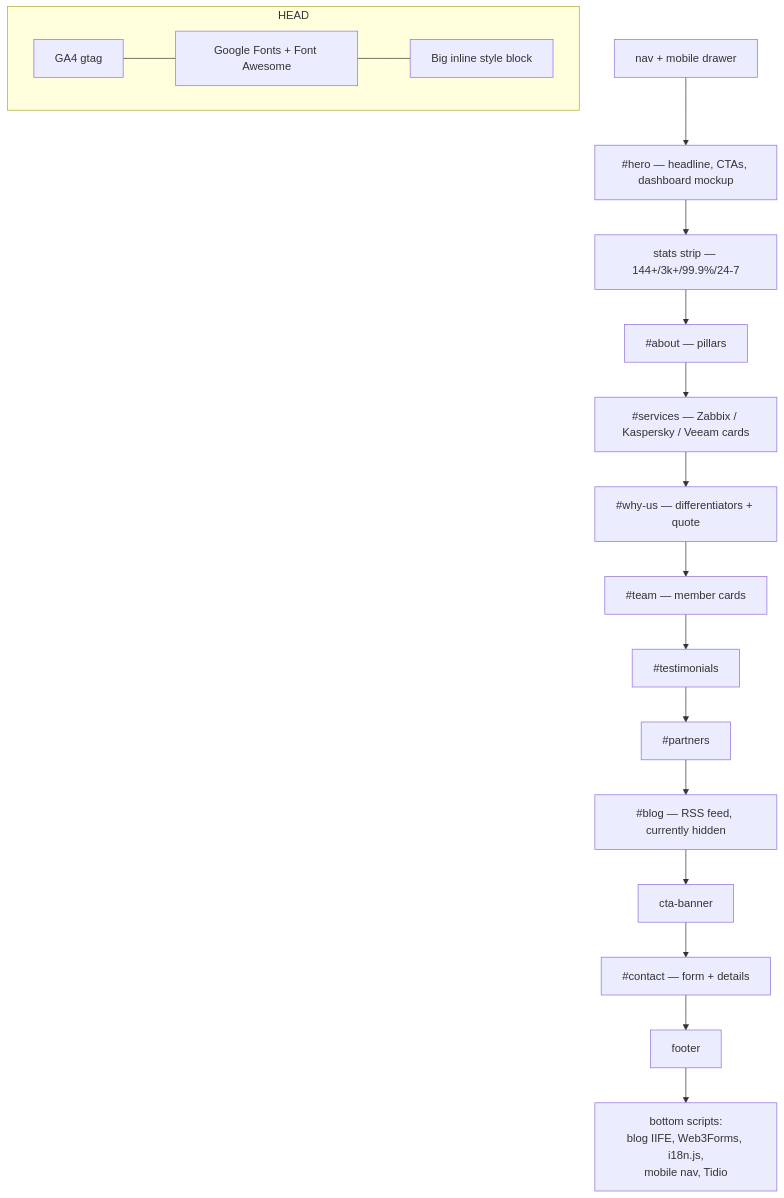
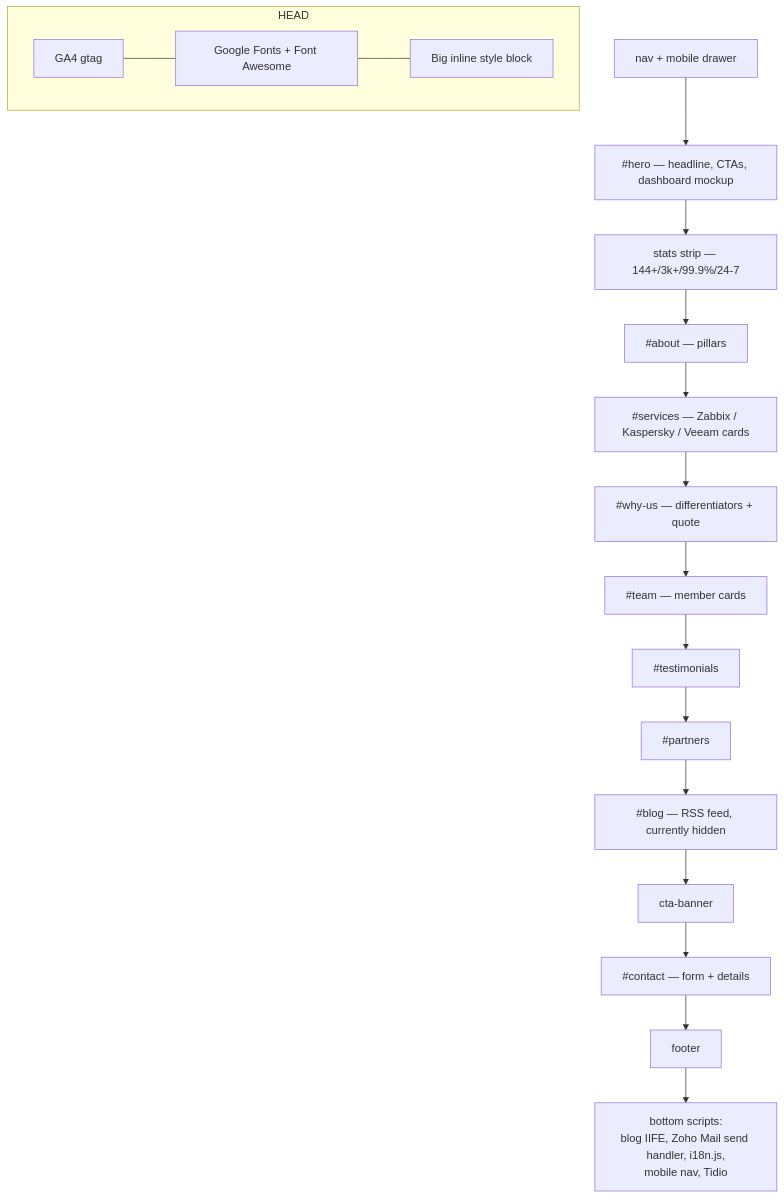
Before and after one commit to glctech/site2.0: the first of 5 diagrams in docs/ARCHITECTURE.md, drawn with Mermaid. The commit also changed other lines of this file and 6 other files, not shown here.

````diff
--- a/docs/ARCHITECTURE.md
+++ b/docs/ARCHITECTURE.md
@@ -124,19 +125,19 @@
 ```mermaid
 flowchart TD
     subgraph head["HEAD"]
       GA[GA4 gtag] --- FONTS[Google Fonts + Font Awesome] --- CSS["Big inline style block"]
     end
     NAV[nav + mobile drawer] --> HERO[#hero — headline, CTAs, dashboard mockup]
     HERO --> STATS[stats strip — 144+/3k+/99.9%/24-7]
     STATS --> ABOUT[#about — pillars]
     ABOUT --> SERV[#services — Zabbix / Kaspersky / Veeam cards]
     SERV --> WHY[#why-us — differentiators + quote]
     WHY --> TEAM[#team — member cards]
     TEAM --> TESTI[#testimonials]
     TESTI --> PART[#partners]
     PART --> BLOG[#blog — RSS feed, currently hidden]
     BLOG --> CTA[cta-banner]
     CTA --> CONTACT[#contact — form + details]
     CONTACT --> FOOT[footer]
-    FOOT --> SCRIPTS[bottom scripts:<br/>blog IIFE, Web3Forms, i18n.js,<br/>mobile nav, Tidio]
+    FOOT --> SCRIPTS[bottom scripts:<br/>blog IIFE, Zoho Mail send handler, i18n.js,<br/>mobile nav, Tidio]
 ```
````
